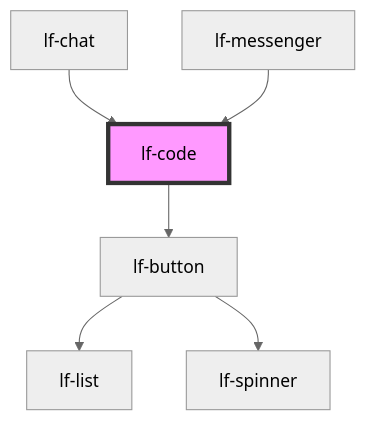
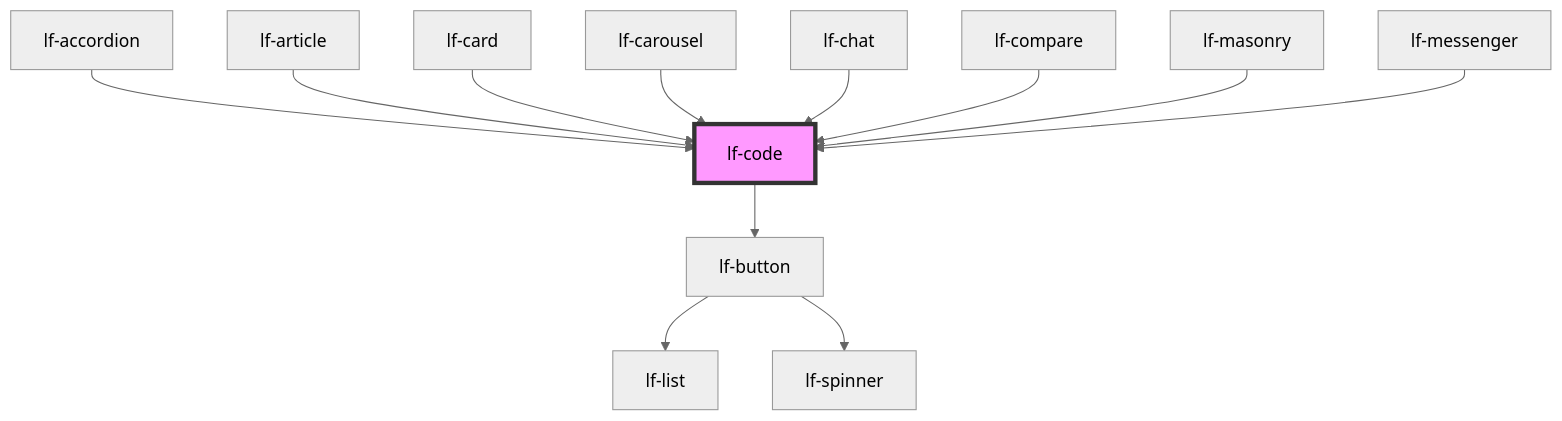
The diagram in packages/core/src/components/lf-code/readme.md (lucafoscili/lf-widgets), drawn with Mermaid (neutral theme) before and after one commit. The commit also changed other lines of this file and 68 other files, not shown here.

````diff
--- a/packages/core/src/components/lf-code/readme.md
+++ b/packages/core/src/components/lf-code/readme.md
@@ -117,9 +123,15 @@
 ```mermaid
 graph TD;
   lf-code --> lf-button
   lf-button --> lf-list
   lf-button --> lf-spinner
+  lf-accordion --> lf-code
+  lf-article --> lf-code
+  lf-card --> lf-code
+  lf-carousel --> lf-code
   lf-chat --> lf-code
+  lf-compare --> lf-code
+  lf-masonry --> lf-code
   lf-messenger --> lf-code
   style lf-code fill:#f9f,stroke:#333,stroke-width:4px
 ```
````
